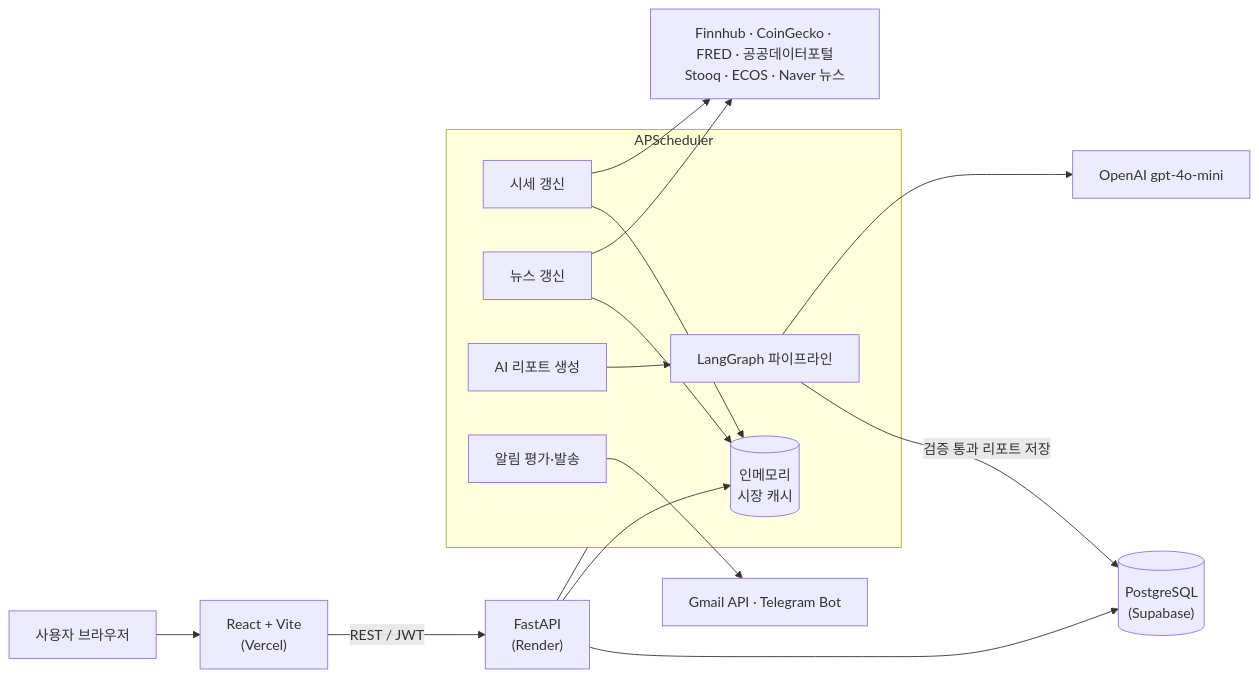
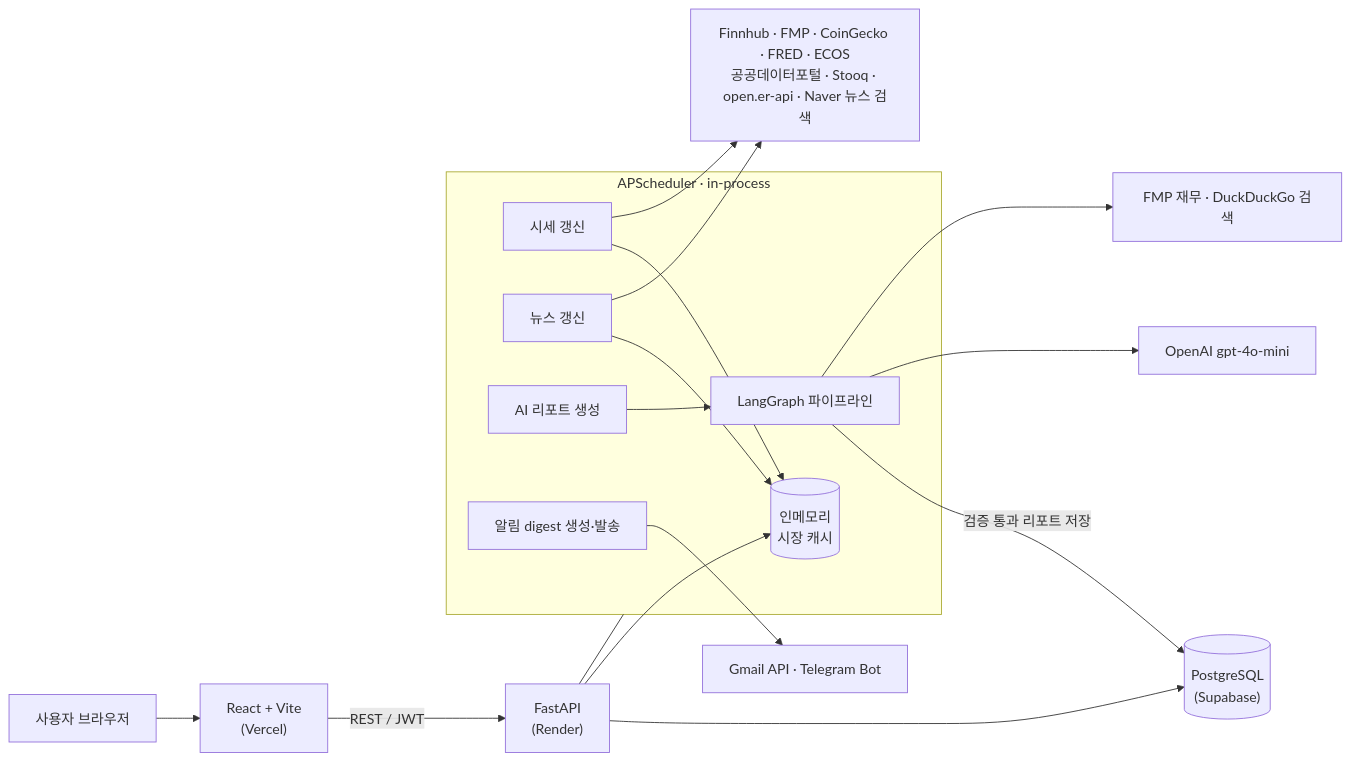
One commit to SunWoo1213/AI-Invest changed the first of 3 diagrams in README.md. Above: the diagram before and after it, drawn with Mermaid. The commit also changed other lines of this file, not shown here.

````diff
--- a/README.md
+++ b/README.md
@@ -49,20 +58,21 @@
 ```mermaid
 flowchart LR
     U[사용자 브라우저] --> FE["React + Vite<br/>(Vercel)"]
     FE -->|REST / JWT| BE["FastAPI<br/>(Render)"]
     BE --> DB[("PostgreSQL<br/>(Supabase)")]
     BE --> C[(인메모리<br/>시장 캐시)]
 
-    subgraph SCH[APScheduler]
+    subgraph SCH[APScheduler · in-process]
       S1[시세 갱신] --> C
       S2[뉴스 갱신] --> C
       S3[AI 리포트 생성] --> G[LangGraph 파이프라인]
-      S4[알림 평가·발송]
+      S4[알림 digest 생성·발송]
     end
     BE --- SCH
 
     G -->|검증 통과 리포트 저장| DB
-    S1 & S2 --> EXT["Finnhub · CoinGecko · FRED · 공공데이터포털<br/>Stooq · ECOS · Naver 뉴스"]
+    S1 & S2 --> EXT["Finnhub · FMP · CoinGecko · FRED · ECOS<br/>공공데이터포털 · Stooq · open.er-api · Naver 뉴스 검색"]
     G --> LLM[OpenAI gpt-4o-mini]
+    G --> RS["FMP 재무 · DuckDuckGo 검색"]
     S4 --> N[Gmail API · Telegram Bot]
 ```
````
